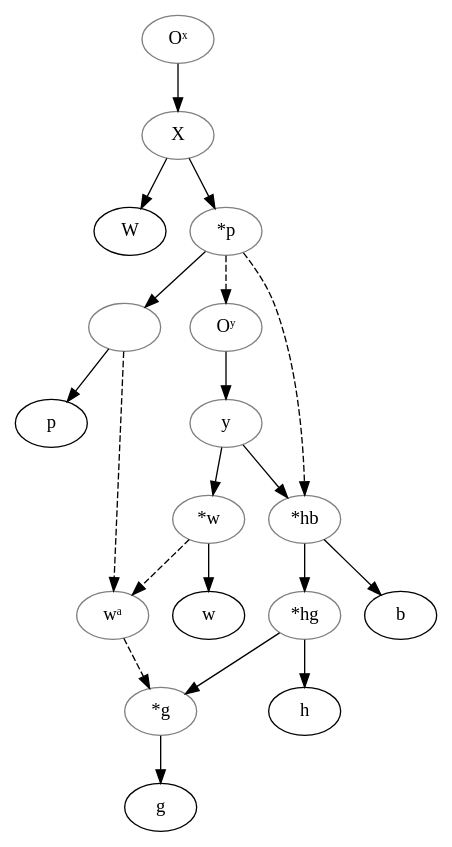
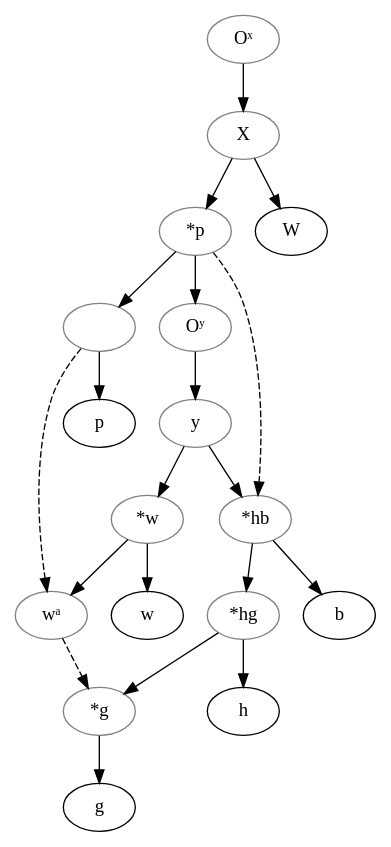
One commit to OpenStemmata/database changed the diagram in data/gmh/Pfannmueller_1911_Heidin/stemma.gv. Above: the diagram before and after it, drawn with Graphviz.

Commit message:
Die Heidin corrections after discussion 17/06/22

```diff
--- a/data/gmh/Pfannmueller_1911_Heidin/stemma.gv
+++ b/data/gmh/Pfannmueller_1911_Heidin/stemma.gv
@@ -1,34 +1,36 @@
 digraph {
+    wa [label="wᵃ", color="grey"]
+    hb [label="*hb", color="grey"]
+    hg [label="*hg", color="grey"]
+    gstar [label="*g", color="grey"]
+
     Ox -> X
     X -> W
     X -> Pstar
     Pstar -> prep 
     prep -> p  
-    Pstar -> Oy [style="dashed"]
+    Pstar -> Oy # Shown dashed in the source, but it is not contamination. Oy is an extensive rewriting of *P, which creates a new version of the history. This kind of relationship is displayed with a dashed line, but does not correspond to any special category in the data model of Open Stemmata.
     Oy -> y
     y -> wstar
     wstar -> w
     y -> hb
     hb -> hg
     hg -> gstar
     gstar -> g
     hg -> h 
     hb -> b
 
     Pstar -> hb [style="dashed"]
     prep -> wa [style="dashed"]
-    wstar -> wa [style="dashed"]
+    wstar -> wa # *w can be considered as the main source for wa and prep as a secondary influence.
     wa -> gstar [style="dashed"]
 
     Ox [label="Oˣ", color="grey"]
     X [label="X", color="grey"]
     Pstar [label="*p", color="grey"]
     prep [label="", color="grey"]
     Oy [label="Oʸ", color="grey"]
     y [color="grey"]
     wstar [label="*w", color="grey"]
-    wa [label="wᵃ", color="grey"]
-    hb [label="*hb", color="grey"]
-    hg [label="*hg", color="grey"]
-    gstar [label="*g", color="grey"]
+    
 }
```
